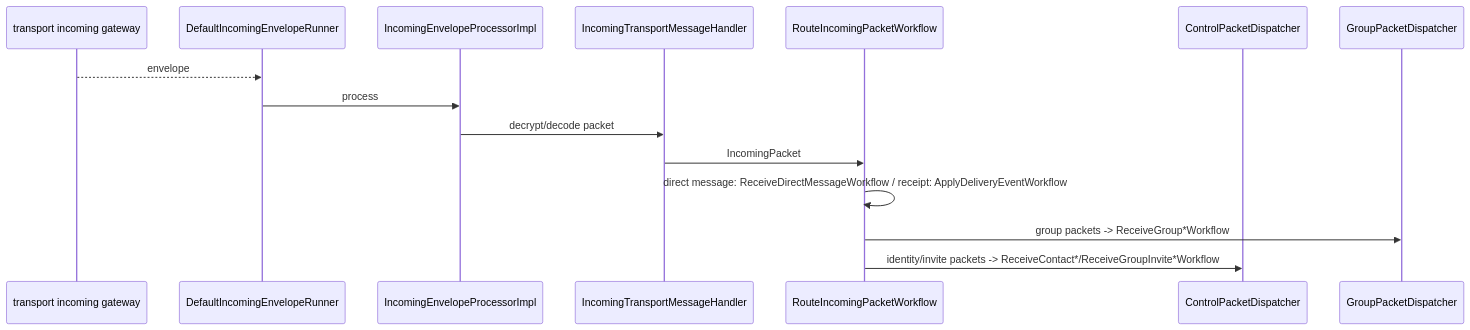
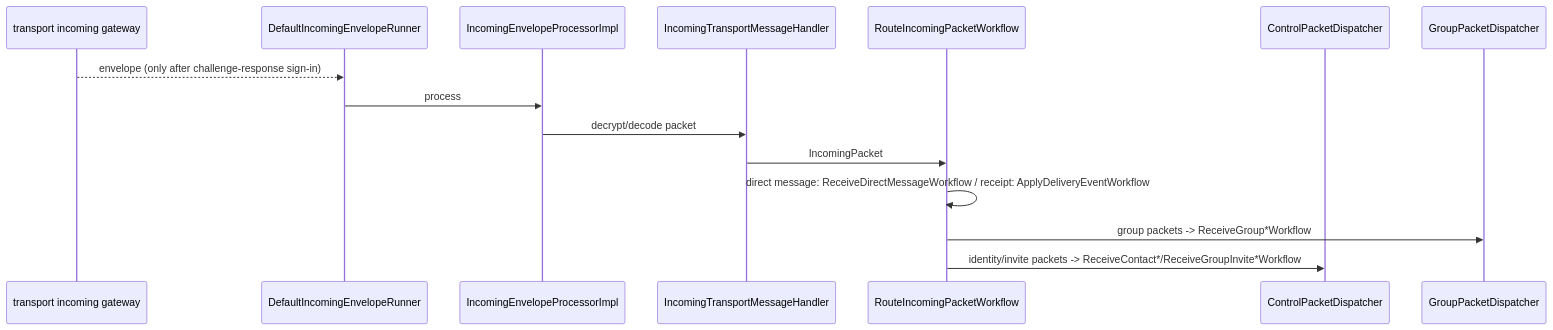
The second of 3 diagrams in docs/features/message-transport-flow.md (cbgm/Sparrow), drawn with Mermaid before and after one commit. The commit also changed 30 other files, not shown here.

````diff
--- a/docs/features/message-transport-flow.md
+++ b/docs/features/message-transport-flow.md
@@ -53,18 +53,18 @@
 ```mermaid
 sequenceDiagram
     participant WS as transport incoming gateway
     participant IR as DefaultIncomingEnvelopeRunner
     participant IP as IncomingEnvelopeProcessorImpl
     participant H as IncomingTransportMessageHandler
     participant ROUTE as RouteIncomingPacketWorkflow
     participant CTRL as ControlPacketDispatcher
     participant GRP as GroupPacketDispatcher
 
-    WS-->>IR: envelope
+    WS-->>IR: envelope (only after challenge-response sign-in)
     IR->>IP: process
     IP->>H: decrypt/decode packet
     H->>ROUTE: IncomingPacket
     ROUTE->>ROUTE: direct message: ReceiveDirectMessageWorkflow / receipt: ApplyDeliveryEventWorkflow
     ROUTE->>GRP: group packets -> ReceiveGroup*Workflow
     ROUTE->>CTRL: identity/invite packets -> ReceiveContact*/ReceiveGroupInvite*Workflow
 ```
````
